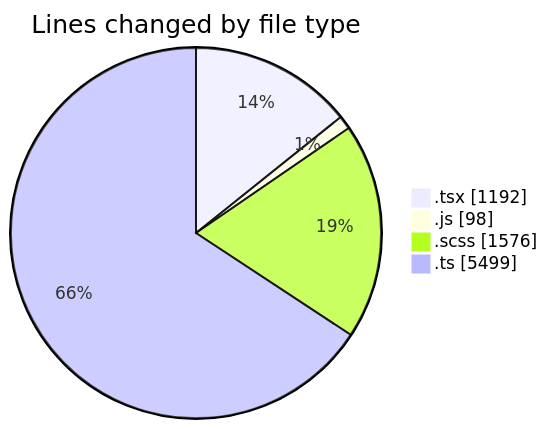
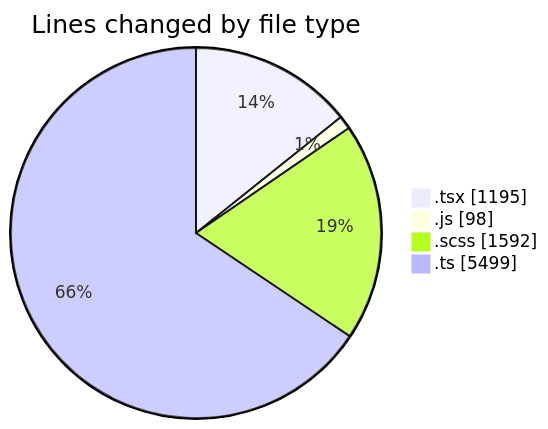
The first of 2 diagrams in 2025-03-31/cda/README.md (momahboobian/code-tracking), drawn with Mermaid before and after one commit. The commit also changed other lines of this file and 1 other file, not shown here.

````diff
--- a/2025-03-31/cda/README.md
+++ b/2025-03-31/cda/README.md
@@ -39,8 +39,8 @@
 ```mermaid
 pie showData
 title Lines changed by file type
-".tsx" : 1192
+".tsx" : 1195
 ".js" : 98
-".scss" : 1576
+".scss" : 1592
 ".ts" : 5499
 ```
````
